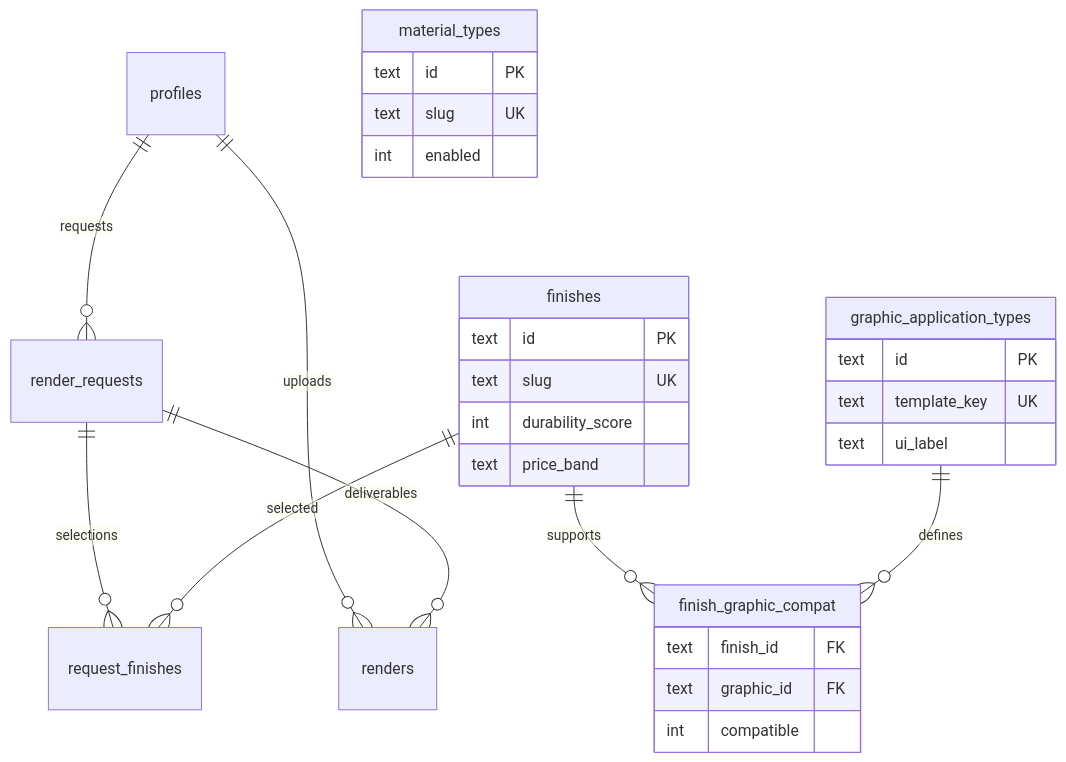
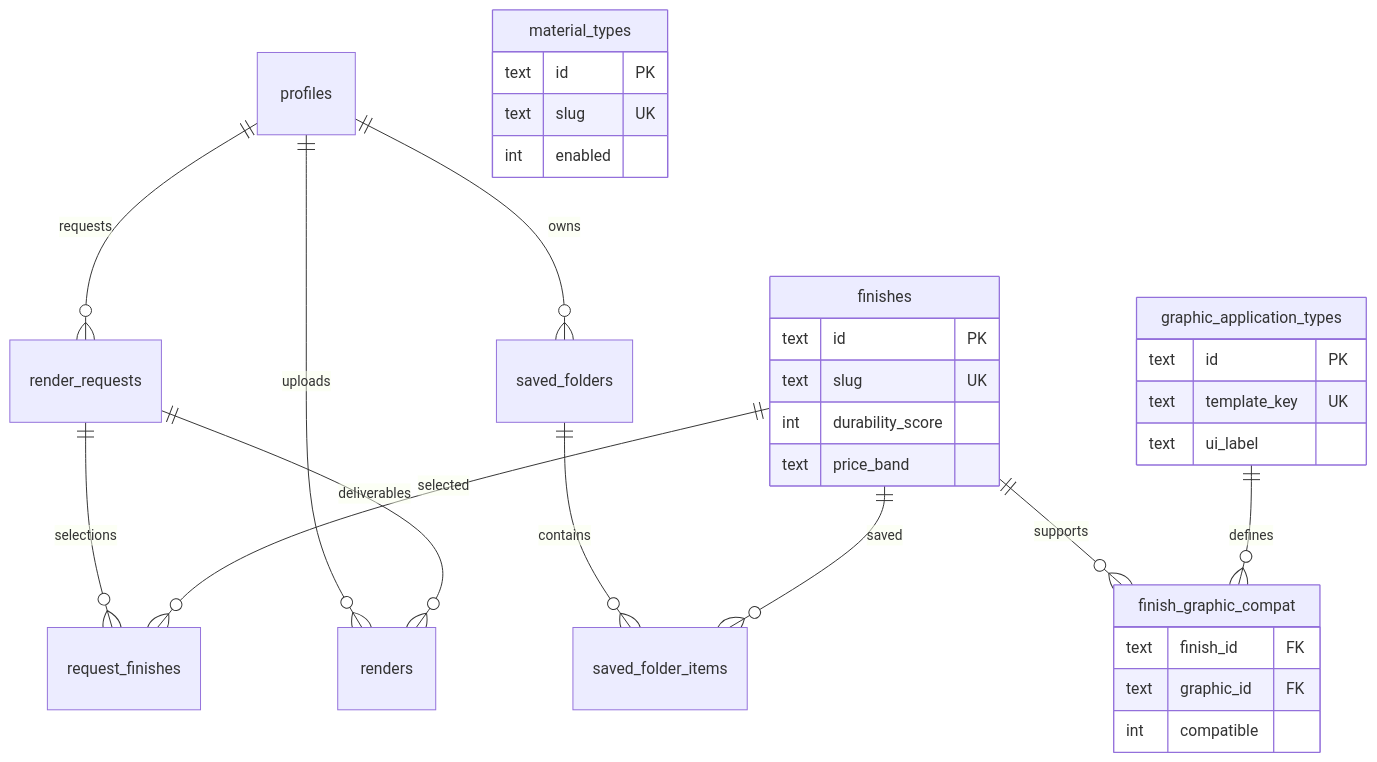
One commit to SWFTstudios/core-home-finish-library changed the diagram in docs/05-data-model.md. Above: the diagram before and after it, drawn with Mermaid. The commit also changed other lines of this file and 34 other files, not shown here.

````diff
--- a/docs/05-data-model.md
+++ b/docs/05-data-model.md
@@ -38,32 +38,35 @@
 ```mermaid
 erDiagram
   profiles ||--o{ render_requests : requests
   profiles ||--o{ renders : uploads
+  profiles ||--o{ saved_folders : owns
+  saved_folders ||--o{ saved_folder_items : contains
+  finishes ||--o{ saved_folder_items : saved
   render_requests ||--o{ request_finishes : selections
   finishes ||--o{ request_finishes : selected
   finishes ||--o{ finish_graphic_compat : supports
   graphic_application_types ||--o{ finish_graphic_compat : defines
   render_requests ||--o{ renders : deliverables
 
   material_types {
     text id PK
     text slug UK
     int enabled
   }
   graphic_application_types {
     text id PK
     text template_key UK
     text ui_label
   }
   finishes {
     text id PK
     text slug UK
     int durability_score
     text price_band
   }
   finish_graphic_compat {
     text finish_id FK
     text graphic_id FK
     int compatible
   }
 ```
````
